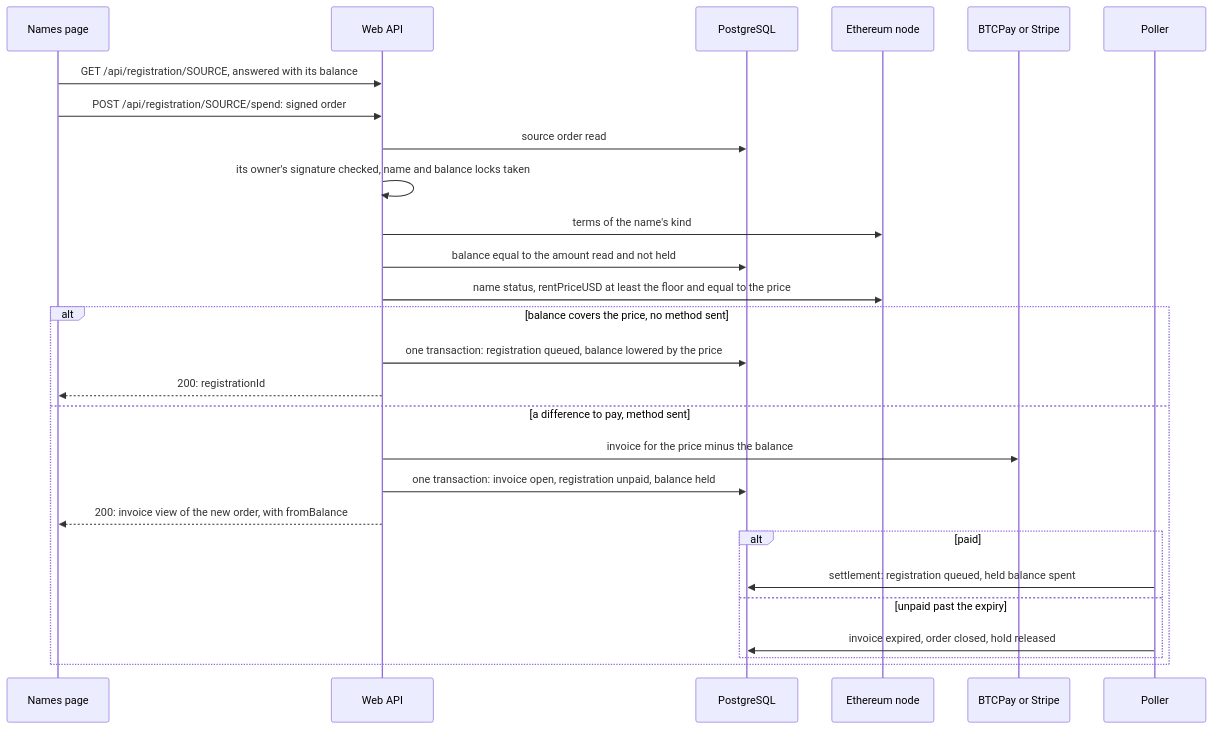
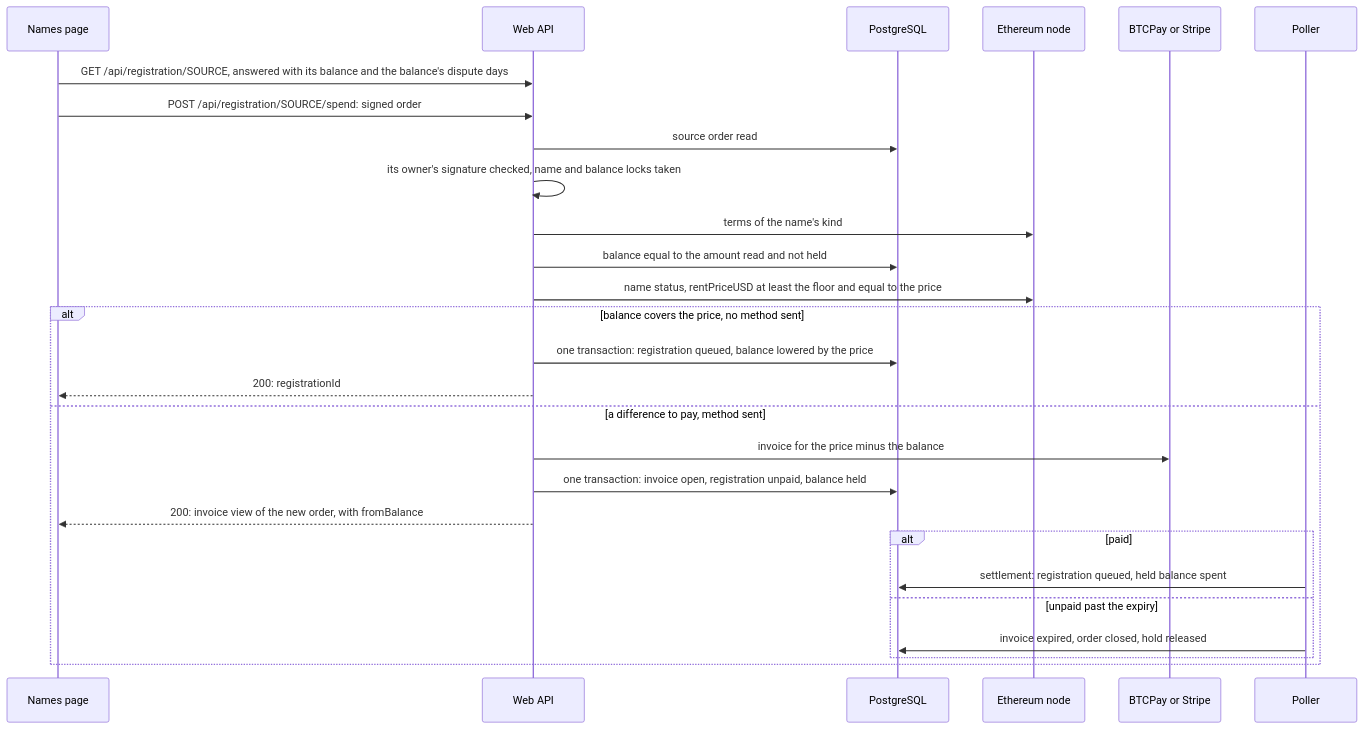
One commit to simplex-chat/simplex-chat changed the ninth of 14 diagrams in apps/simplex-store-service/docs/names.md. Above: the diagram before and after it, drawn with Mermaid. The commit also changed other lines of this file and 2 other files, not shown here.

Commit message:
store: document balance days, ended orders' rows, sweep reads and gas

````diff
--- a/apps/simplex-store-service/docs/names.md
+++ b/apps/simplex-store-service/docs/names.md
@@ -430,29 +430,29 @@
 ```mermaid
 sequenceDiagram
   participant P as Names page
   participant W as Web API
   participant D as PostgreSQL
   participant E as Ethereum node
   participant V as BTCPay or Stripe
   participant L as Poller
-  P->>W: GET /api/registration/SOURCE, answered with its balance
+  P->>W: GET /api/registration/SOURCE, answered with its balance and the balance's dispute days
   P->>W: POST /api/registration/SOURCE/spend: signed order
   W->>D: source order read
   W->>W: its owner's signature checked, name and balance locks taken
   W->>E: terms of the name's kind
   W->>D: balance equal to the amount read and not held
   W->>E: name status, rentPriceUSD at least the floor and equal to the price
   alt balance covers the price, no method sent
     W->>D: one transaction: registration queued, balance lowered by the price
     W-->>P: 200: registrationId
   else a difference to pay, method sent
     W->>V: invoice for the price minus the balance
     W->>D: one transaction: invoice open, registration unpaid, balance held
     W-->>P: 200: invoice view of the new order, with fromBalance
     alt paid
       L->>D: settlement: registration queued, held balance spent
     else unpaid past the expiry
       L->>D: invoice expired, order closed, hold released
     end
   end
 ```
````
